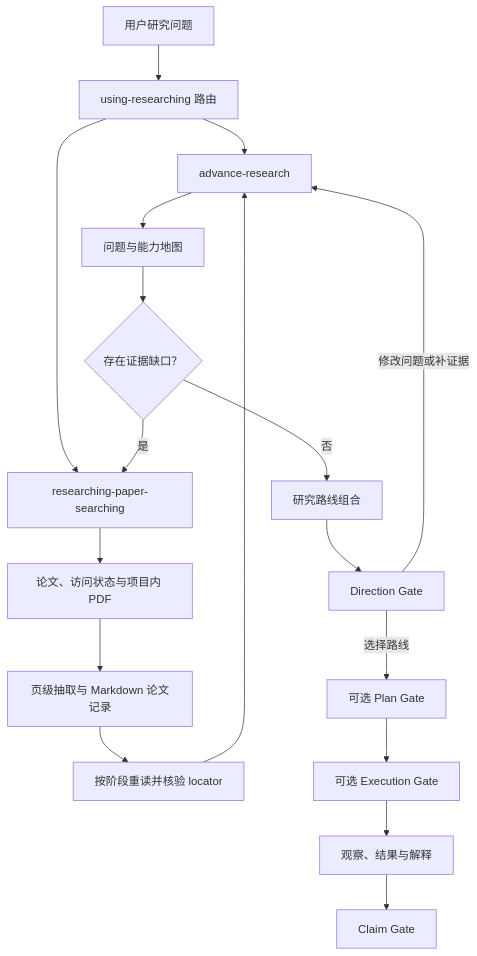
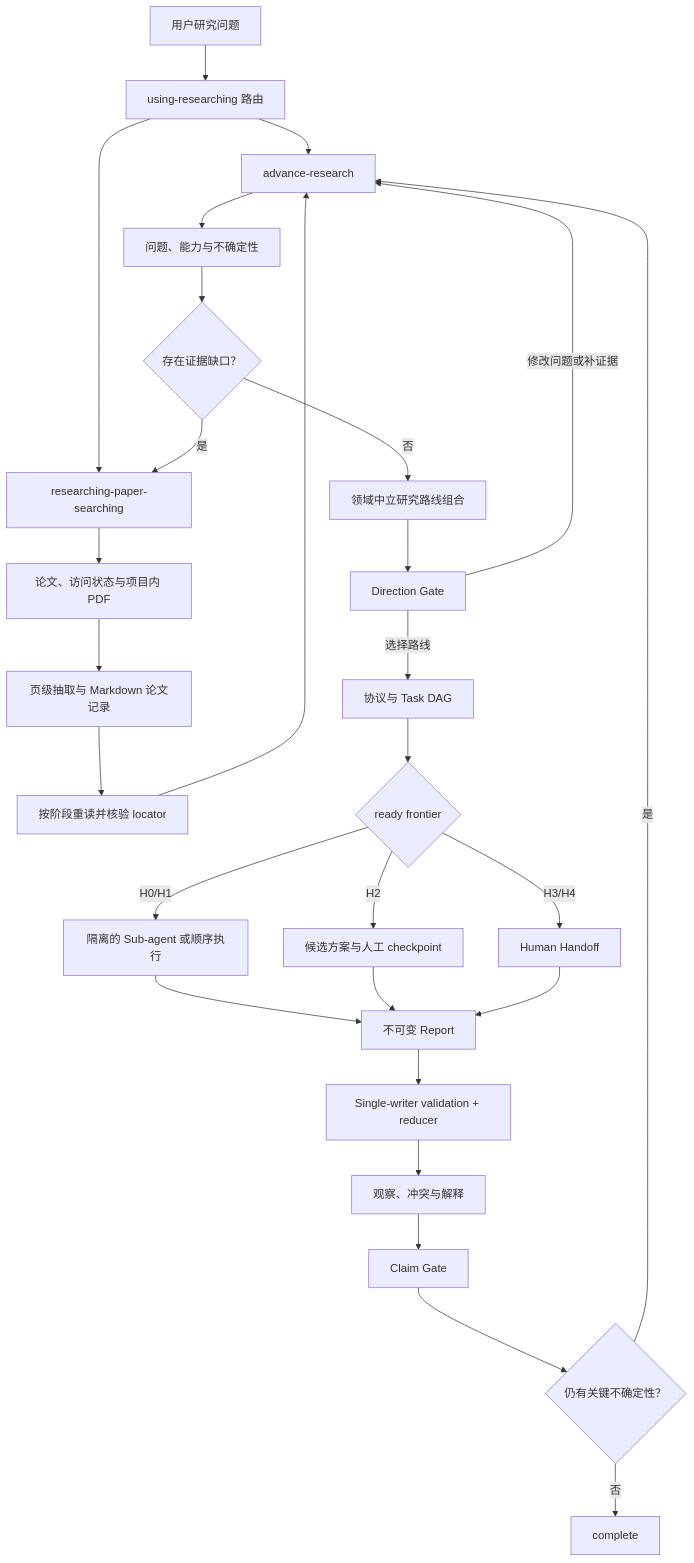
Before and after one commit to Asunazzz123/researching-plugin: the diagram in README.md, drawn with Mermaid. The commit also changed other lines of this file and 21 other files, not shown here.

Commit message:
feat: add human-supervised research task orchestration (#4)

````diff
--- a/README.md
+++ b/README.md
@@ -223,20 +256,30 @@
 ```mermaid
 flowchart TD
     A["用户研究问题"] --> B["using-researching 路由"]
     B --> C["advance-research"]
     B --> D["researching-paper-searching"]
-    C --> E["问题与能力地图"]
+    C --> E["问题、能力与不确定性"]
     E --> F{"存在证据缺口？"}
     F -- "是" --> D
     D --> G["论文、访问状态与项目内 PDF"]
     G --> N["页级抽取与 Markdown 论文记录"]
     N --> O["按阶段重读并核验 locator"]
     O --> C
-    F -- "否" --> H["研究路线组合"]
+    F -- "否" --> H["领域中立研究路线组合"]
     H --> I["Direction Gate"]
     I -- "修改问题或补证据" --> C
-    I -- "选择路线" --> J["可选 Plan Gate"]
-    J --> K["可选 Execution Gate"]
-    K --> L["观察、结果与解释"]
-    L --> M["Claim Gate"]
+    I -- "选择路线" --> J["协议与 Task DAG"]
+    J --> K{"ready frontier"}
+    K -- "H0/H1" --> P["隔离的 Sub-agent 或顺序执行"]
+    K -- "H2" --> Q["候选方案与人工 checkpoint"]
+    K -- "H3/H4" --> R["Human Handoff"]
+    P --> S["不可变 Report"]
+    Q --> S
+    R --> S
+    S --> T["Single-writer validation + reducer"]
+    T --> U["观察、冲突与解释"]
+    U --> M["Claim Gate"]
+    M --> V{"仍有关键不确定性？"}
+    V -- "是" --> C
+    V -- "否" --> W["complete"]
 ```
````
